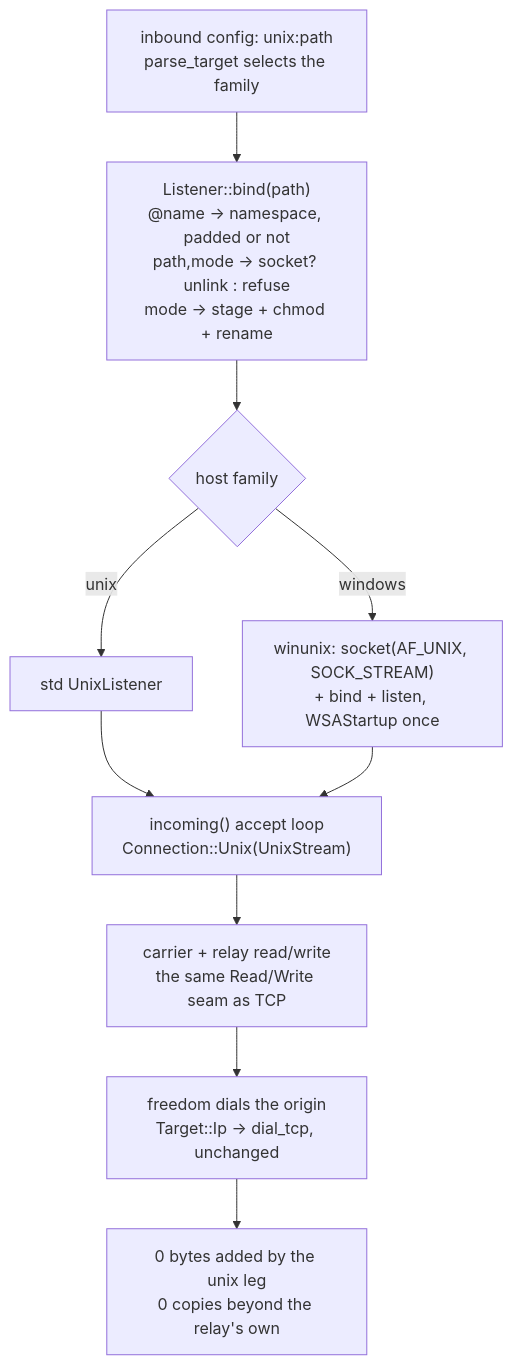
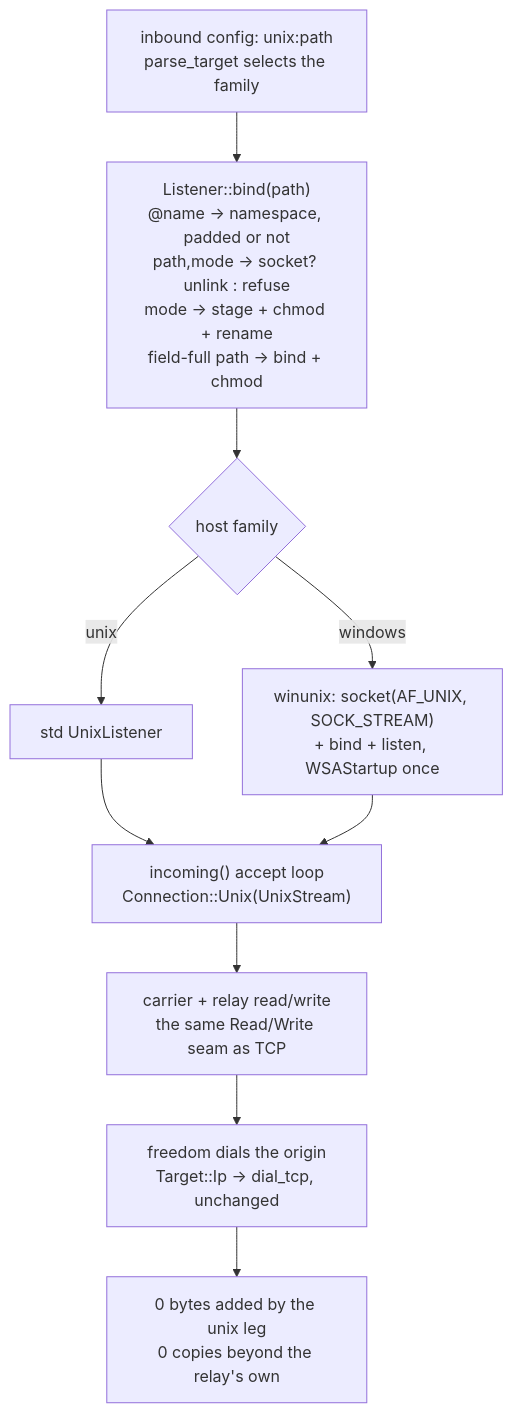
One commit to Ferrocite/ferrox changed the diagram in docs/function/unix.md. Above: the diagram before and after it, drawn with Mermaid. The commit also changed other lines of this file and 1 other file, not shown here.

Commit message:
unix: keep the mode on a path that fills the address field

````diff
--- a/docs/function/unix.md
+++ b/docs/function/unix.md
@@ -15,12 +15,12 @@
 ```mermaid
 graph TD
-    A["inbound config: unix:path<br/>parse_target selects the family"] --> B["Listener::bind(path)<br/>@name -> namespace, padded or not<br/>path,mode -> socket? unlink : refuse<br/>mode -> stage + chmod + rename"]
+    A["inbound config: unix:path<br/>parse_target selects the family"] --> B["Listener::bind(path)<br/>@name -> namespace, padded or not<br/>path,mode -> socket? unlink : refuse<br/>mode -> stage + chmod + rename<br/>field-full path -> bind + chmod"]
     B --> W{"host family"}
     W -->|"unix"| B1["std UnixListener"]
     W -->|"windows"| B2["winunix: socket(AF_UNIX, SOCK_STREAM)<br/>+ bind + listen, WSAStartup once"]
     B1 --> I["incoming() accept loop<br/>Connection::Unix(UnixStream)"]
     B2 --> I
     I --> C["carrier + relay read/write<br/>the same Read/Write seam as TCP"]
     C --> D["freedom dials the origin<br/>Target::Ip -> dial_tcp, unchanged"]
     D --> Z["0 bytes added by the unix leg<br/>0 copies beyond the relay's own"]
 ```
````
